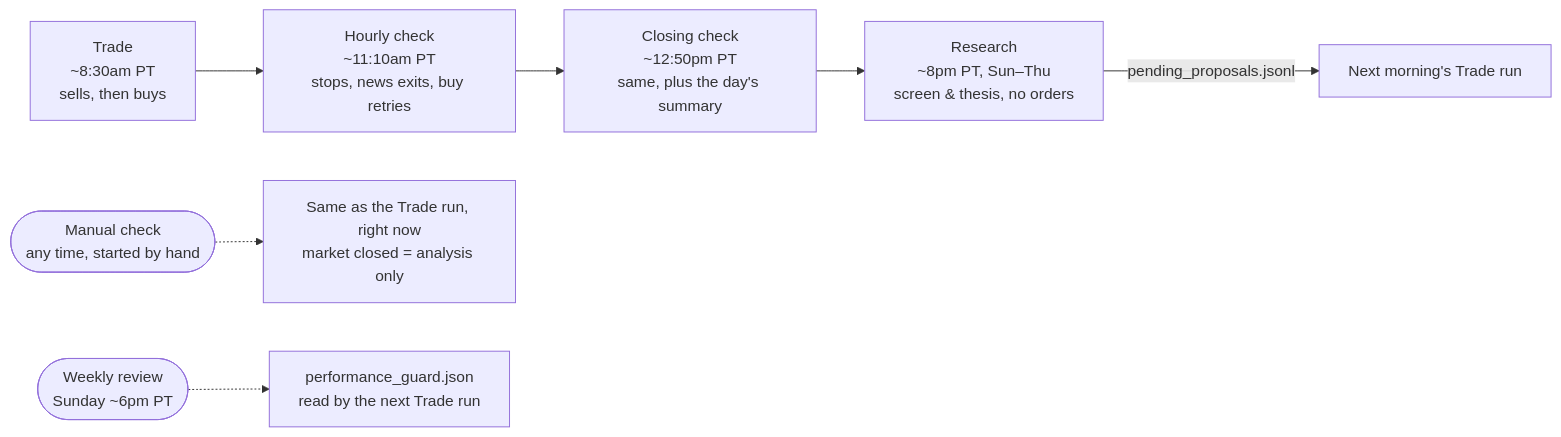
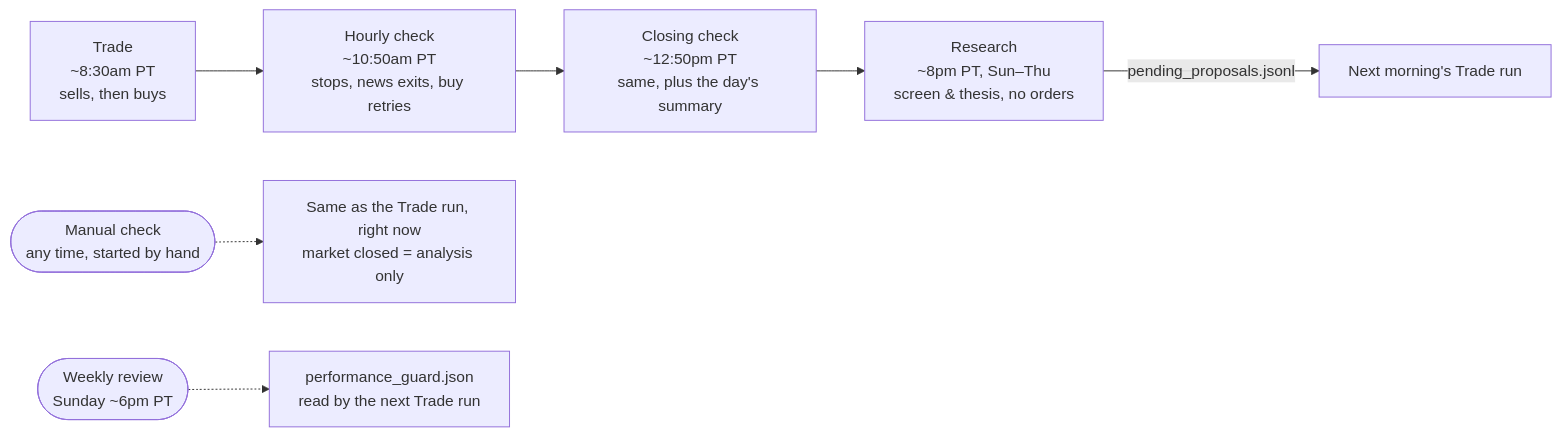
Before and after one commit to HarryXiong24/agentic-trader: the first of 3 diagrams in README.md, drawn with Mermaid. The commit also changed other lines of this file and 2 other files, not shown here.

First line of the commit message:
Docs: hourly check back to ~10:50am PT

````diff
--- a/README.md
+++ b/README.md
@@ -156,9 +156,9 @@
 ```mermaid
 flowchart LR
-    B["Trade<br/>~8:30am PT<br/>sells, then buys"] --> HC["Hourly check<br/>~11:10am PT<br/>stops, news exits, buy retries"]
+    B["Trade<br/>~8:30am PT<br/>sells, then buys"] --> HC["Hourly check<br/>~10:50am PT<br/>stops, news exits, buy retries"]
     HC --> C["Closing check<br/>~12:50pm PT<br/>same, plus the day's summary"]
     C --> A["Research<br/>~8pm PT, Sun–Thu<br/>screen & thesis, no orders"]
     A -- "pending_proposals.jsonl" --> B2["Next morning's Trade run"]
     H(["Manual check<br/>any time, started by hand"]) -.-> X["Same as the Trade run, right now<br/>market closed = analysis only"]
     W(["Weekly review<br/>Sunday ~6pm PT"]) -.-> G["performance_guard.json<br/>read by the next Trade run"]
 ```
````
